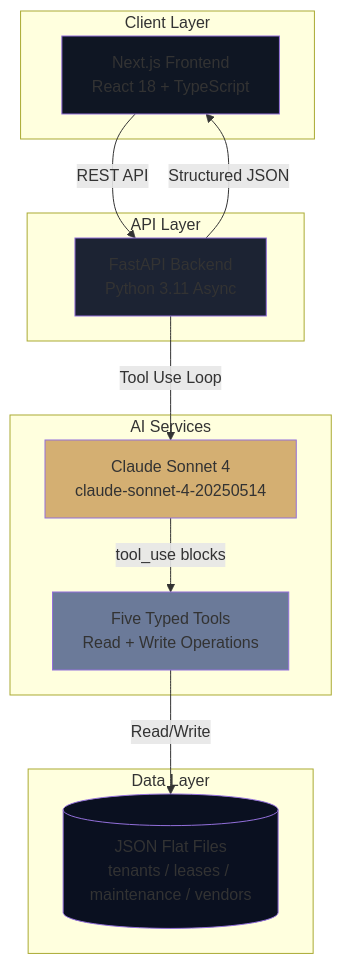
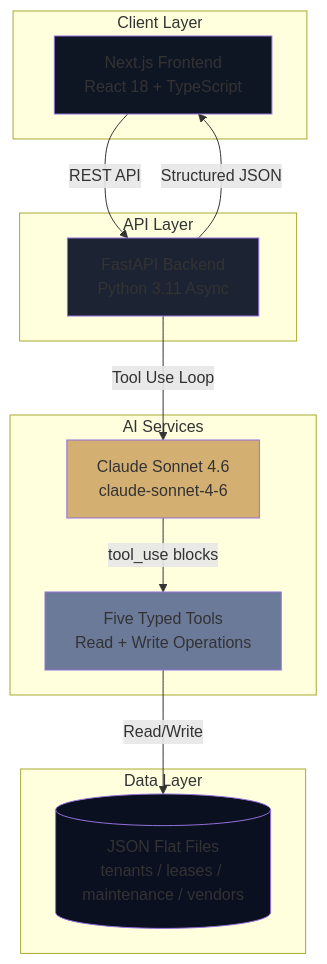
Before and after one commit to yasshh17/azure-em: the diagram in README.md, drawn with Mermaid. The commit also changed other lines of this file and 4 other files, not shown here.

````diff
--- a/README.md
+++ b/README.md
@@ -118,31 +118,31 @@
 ```mermaid
 graph TB
     subgraph "Client Layer"
         Client[Next.js Frontend<br/>React 18 + TypeScript]
     end
 
     subgraph "API Layer"
         API[FastAPI Backend<br/>Python 3.11 Async]
     end
 
     subgraph "Data Layer"
         DB[(JSON Flat Files<br/>tenants / leases / maintenance / vendors)]
     end
 
     subgraph "AI Services"
-        LLM[Claude Sonnet 4<br/>claude-sonnet-4-20250514]
+        LLM[Claude Sonnet 4.6<br/>claude-sonnet-4-6]
         Tools[Five Typed Tools<br/>Read + Write Operations]
     end
 
     Client -->|REST API| API
     API -->|Tool Use Loop| LLM
     LLM -->|tool_use blocks| Tools
     Tools -->|Read/Write| DB
     API -->|Structured JSON| Client
 
     style Client fill:#0F1623
     style API fill:#1C2333
     style DB fill:#0A1020
     style LLM fill:#D4AF72
     style Tools fill:#6B7A99
 ```
````
